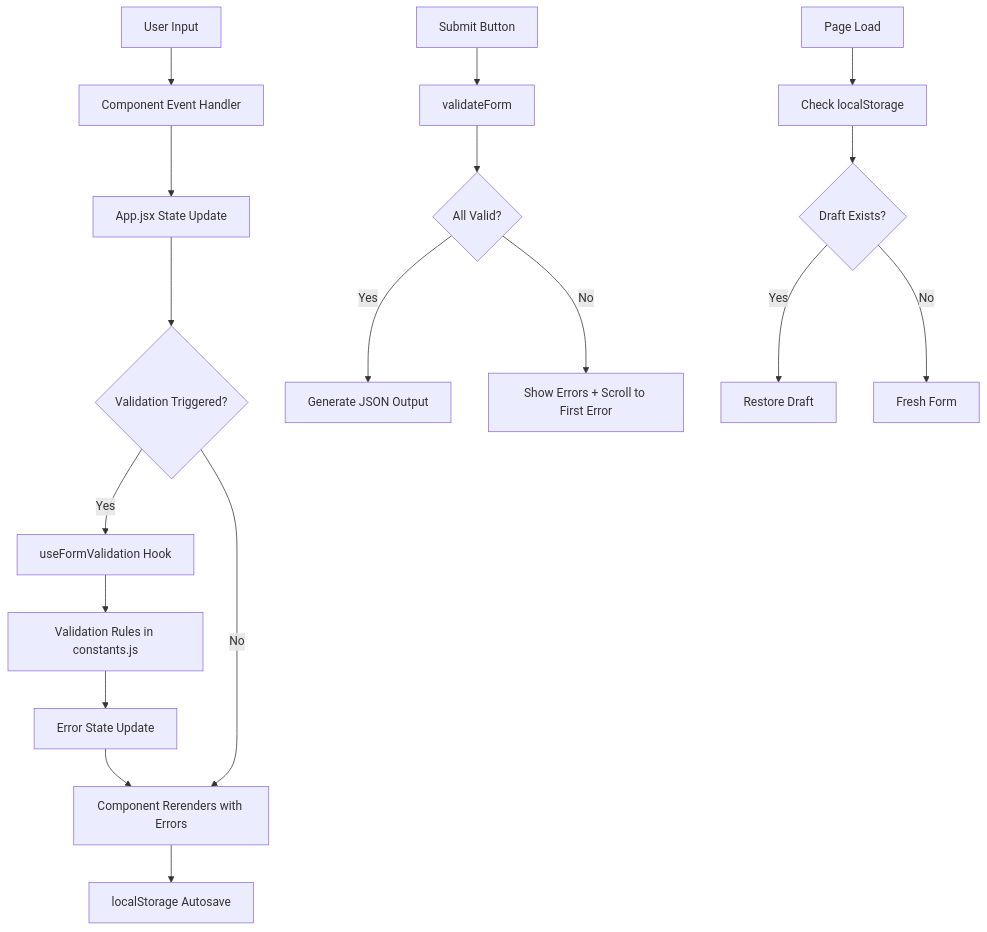
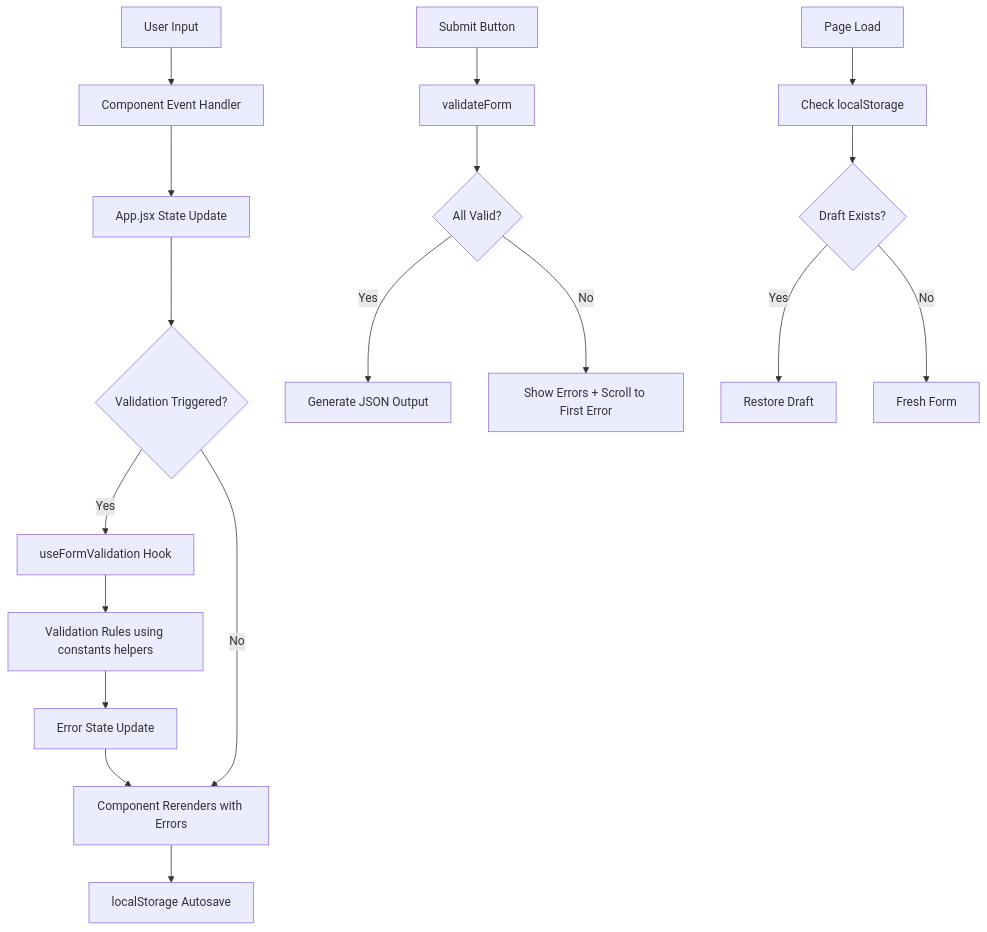
Before and after one commit to iboughtamouse/wbs-ethogram-form: the diagram in ARCHITECTURE.md, drawn with Mermaid. The commit also changed other lines of this file and 3 other files, not shown here.

````diff
--- a/ARCHITECTURE.md
+++ b/ARCHITECTURE.md
@@ -107,22 +108,22 @@
 ```mermaid
 graph TD
     A[User Input] --> B[Component Event Handler]
     B --> C[App.jsx State Update]
     C --> D{Validation Triggered?}
     D -->|Yes| E[useFormValidation Hook]
-    E --> F[Validation Rules in constants.js]
+    E --> F[Validation Rules using constants helpers]
     F --> G[Error State Update]
     G --> H[Component Rerenders with Errors]
     D -->|No| H
     H --> I[localStorage Autosave]
 
     J[Submit Button] --> K[validateForm]
     K --> L{All Valid?}
     L -->|Yes| M[Generate JSON Output]
     L -->|No| N[Show Errors + Scroll to First Error]
 
     O[Page Load] --> P[Check localStorage]
     P --> Q{Draft Exists?}
     Q -->|Yes| R[Restore Draft]
     Q -->|No| S[Fresh Form]
 ```
````
